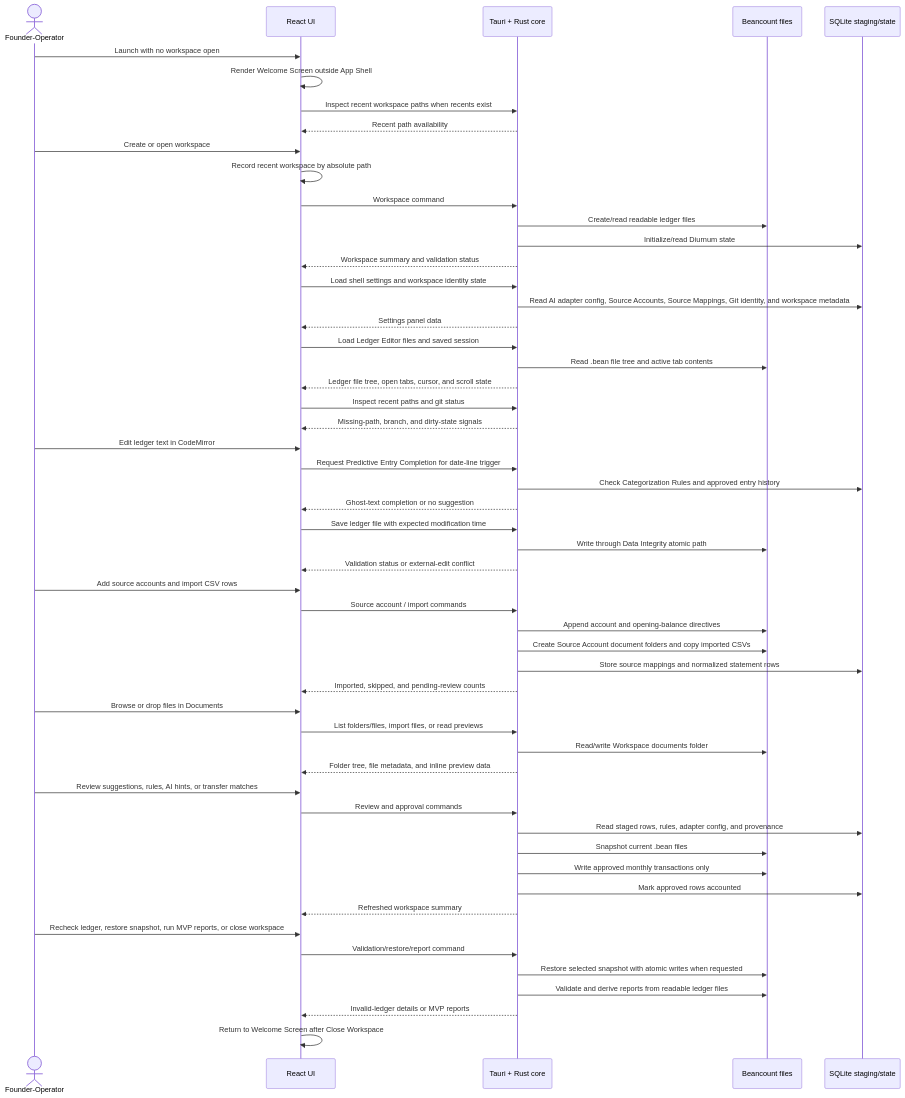
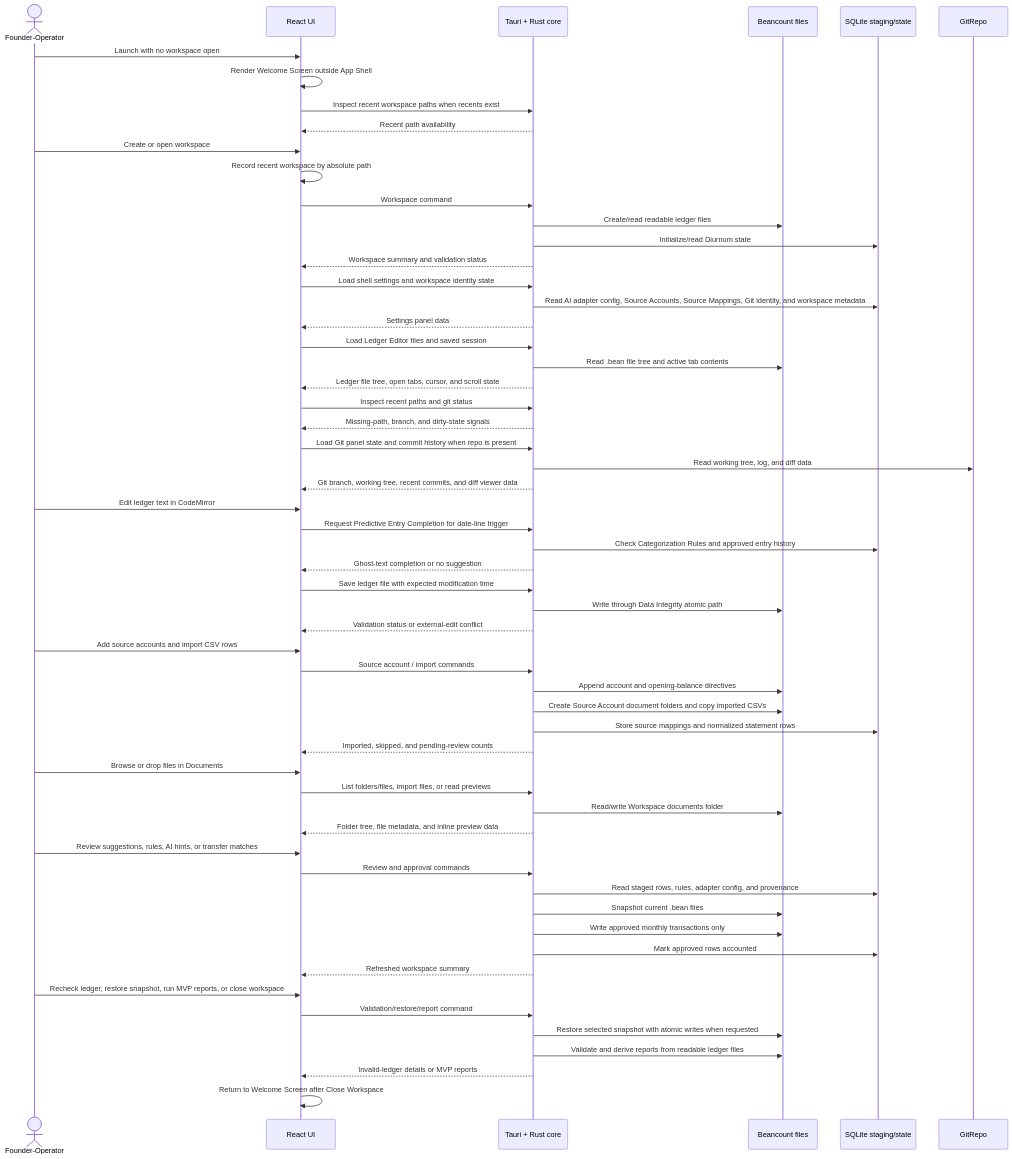
The second of 4 diagrams in docs/architecture.md (Diurnum-Dev/Diurnum), drawn with Mermaid before and after one commit. The commit also changed other lines of this file and 16 other files, not shown here.

First line of the commit message:
feat(workspace): add git integration panel

````diff
--- a/docs/architecture.md
+++ b/docs/architecture.md
@@ -45,63 +47,66 @@
 ```mermaid
 sequenceDiagram
   actor User as Founder-Operator
   participant UI as React UI
   participant Core as Tauri + Rust core
   participant Ledger as Beancount files
   participant State as SQLite staging/state
 
   User->>UI: Launch with no workspace open
   UI->>UI: Render Welcome Screen outside App Shell
   UI->>Core: Inspect recent workspace paths when recents exist
   Core-->>UI: Recent path availability
 
   User->>UI: Create or open workspace
   UI->>UI: Record recent workspace by absolute path
   UI->>Core: Workspace command
   Core->>Ledger: Create/read readable ledger files
   Core->>State: Initialize/read Diurnum state
   Core-->>UI: Workspace summary and validation status
   UI->>Core: Load shell settings and workspace identity state
   Core->>State: Read AI adapter config, Source Accounts, Source Mappings, Git identity, and workspace metadata
   Core-->>UI: Settings panel data
   UI->>Core: Load Ledger Editor files and saved session
   Core->>Ledger: Read .bean file tree and active tab contents
   Core-->>UI: Ledger file tree, open tabs, cursor, and scroll state
   UI->>Core: Inspect recent paths and git status
   Core-->>UI: Missing-path, branch, and dirty-state signals
+  UI->>Core: Load Git panel state and commit history when repo is present
+  Core->>GitRepo: Read working tree, log, and diff data
+  Core-->>UI: Git branch, working tree, recent commits, and diff viewer data
 
   User->>UI: Edit ledger text in CodeMirror
   UI->>Core: Request Predictive Entry Completion for date-line trigger
   Core->>State: Check Categorization Rules and approved entry history
   Core-->>UI: Ghost-text completion or no suggestion
   UI->>Core: Save ledger file with expected modification time
   Core->>Ledger: Write through Data Integrity atomic path
   Core-->>UI: Validation status or external-edit conflict
 
   User->>UI: Add source accounts and import CSV rows
   UI->>Core: Source account / import commands
   Core->>Ledger: Append account and opening-balance directives
   Core->>Ledger: Create Source Account document folders and copy imported CSVs
   Core->>State: Store source mappings and normalized statement rows
   Core-->>UI: Imported, skipped, and pending-review counts
 
   User->>UI: Browse or drop files in Documents
   UI->>Core: List folders/files, import files, or read previews
   Core->>Ledger: Read/write Workspace documents folder
   Core-->>UI: Folder tree, file metadata, and inline preview data
 
   User->>UI: Review suggestions, rules, AI hints, or transfer matches
   UI->>Core: Review and approval commands
   Core->>State: Read staged rows, rules, adapter config, and provenance
   Core->>Ledger: Snapshot current .bean files
   Core->>Ledger: Write approved monthly transactions only
   Core->>State: Mark approved rows accounted
   Core-->>UI: Refreshed workspace summary
 
   User->>UI: Recheck ledger, restore snapshot, run MVP reports, or close workspace
   UI->>Core: Validation/restore/report command
   Core->>Ledger: Restore selected snapshot with atomic writes when requested
   Core->>Ledger: Validate and derive reports from readable ledger files
   Core-->>UI: Invalid-ledger details or MVP reports
   UI->>UI: Return to Welcome Screen after Close Workspace
 ```
````
